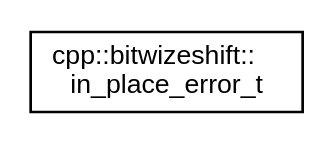
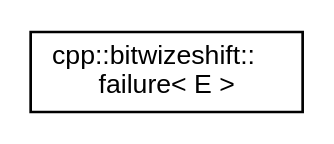
The diagram in api/latest/inherit_graph_2.dot (bitwizeshift/result), drawn with Graphviz before and after one commit. The commit also changed 170 other files, not shown here.

```diff
--- a/api/latest/inherit_graph_2.dot
+++ b/api/latest/inherit_graph_2.dot
@@ -1,7 +1,8 @@
 digraph "Graphical Class Hierarchy"
 {
+ // LATEX_PDF_SIZE
   edge [fontname="Helvetica",fontsize="10",labelfontname="Helvetica",labelfontsize="10"];
   node [fontname="Helvetica",fontsize="10",shape=record];
   rankdir="LR";
-  Node0 [label="cpp::bitwizeshift::\lin_place_error_t",height=0.2,width=0.4,color="black", fillcolor="white", style="filled",URL="$d1/d00/structcpp_1_1bitwizeshift_1_1in__place__error__t.html",tooltip="A structure for representing in-place construction of an error type. "];
+  Node0 [label="cpp::bitwizeshift::\lfailure\< E \>",height=0.2,width=0.4,color="black", fillcolor="white", style="filled",URL="$dc/dd0/classcpp_1_1bitwizeshift_1_1failure.html",tooltip="A semantic type used for distinguishing failure values in an API that returns result types."];
 }
```
